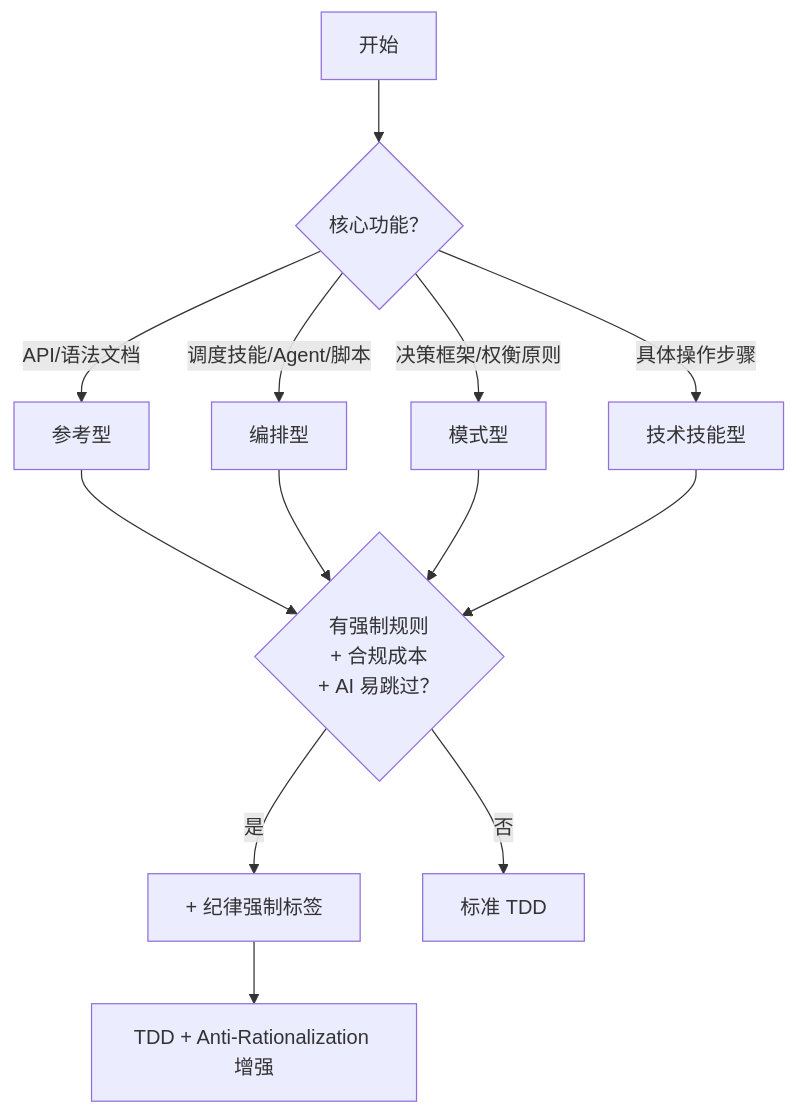
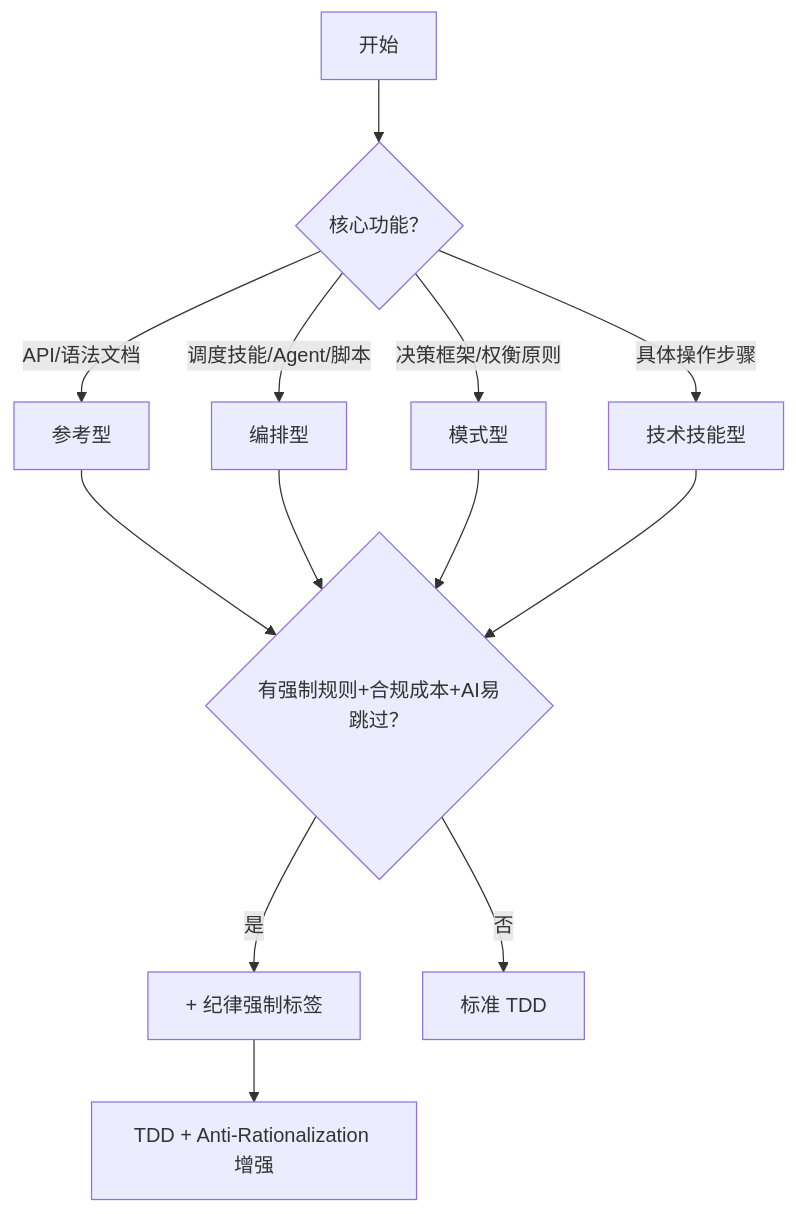
One commit to Z-JaDe/meta-skill changed the second of 4 diagrams in skills/meta-skill/SKILL.md. Above: the diagram before and after it, drawn with Mermaid. The commit also changed other lines of this file and 5 other files, not shown here.

````diff
--- a/skills/meta-skill/SKILL.md
+++ b/skills/meta-skill/SKILL.md
@@ -136,17 +155,15 @@
 ```mermaid
 flowchart TD
     Start[开始] --> Q1{核心功能？}
     Q1 -->|API/语法文档| Type1[参考型]
     Q1 -->|调度技能/Agent/脚本| Type2[编排型]
     Q1 -->|决策框架/权衡原则| Type3[模式型]
     Q1 -->|具体操作步骤| Type4[技术技能型]
-    
-    Type1 --> Q2{有强制规则<br/>+ 合规成本<br/>+ AI 易跳过？}
+    Type1 --> Q2{有强制规则+合规成本+AI易跳过？}
     Type2 --> Q2
     Type3 --> Q2
     Type4 --> Q2
-    
     Q2 -->|是| Label[+ 纪律强制标签]
     Q2 -->|否| TDD1[标准 TDD]
     Label --> TDD2[TDD + Anti-Rationalization 增强]
 ```
````
